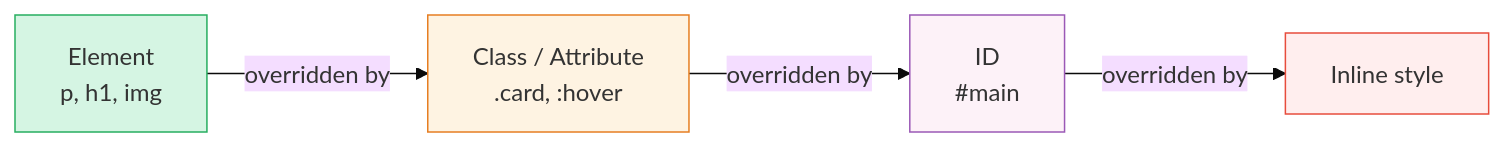
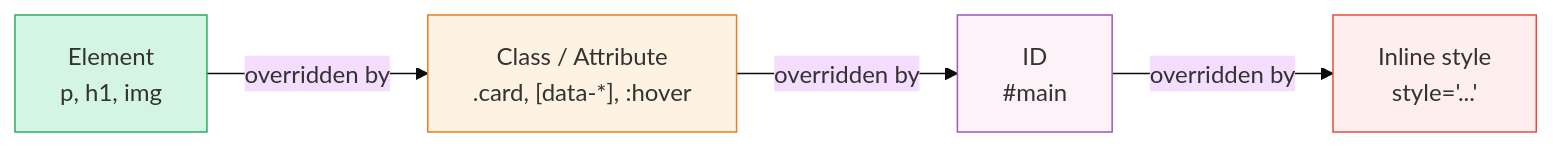
One commit to Kaleidosium/modern-html-and-css-for-artists changed the second of 2 diagrams in ch10-how-css-works.md. Above: the diagram before and after it, drawn with Mermaid (base theme). The commit also changed 4 other files, not shown here.

Commit message:
Restore Mermaid

````diff
--- a/ch10-how-css-works.md
+++ b/ch10-how-css-works.md
@@ -248,14 +248,14 @@
 ```mermaid
 graph LR
     E["Element<br/>p, h1, img"]
-    C["Class / Attribute<br/>.card, :hover"]
+    C["Class / Attribute<br/>.card, [data-*], :hover"]
     I["ID<br/>#main"]
-    IN["Inline style"]
+    IN["Inline style<br/>style='...'"]
 
-    E -->|overridden by| C -->|overridden by| I -->|overridden by| IN
+    E -->|"overridden by"| C -->|"overridden by"| I -->|"overridden by"| IN
 
     style E fill:#d5f5e3,stroke:#27ae60
     style C fill:#fef3e2,stroke:#e67e22
     style I fill:#fdf2f8,stroke:#9b59b6
     style IN fill:#fee,stroke:#e74c3c
 ```
````
